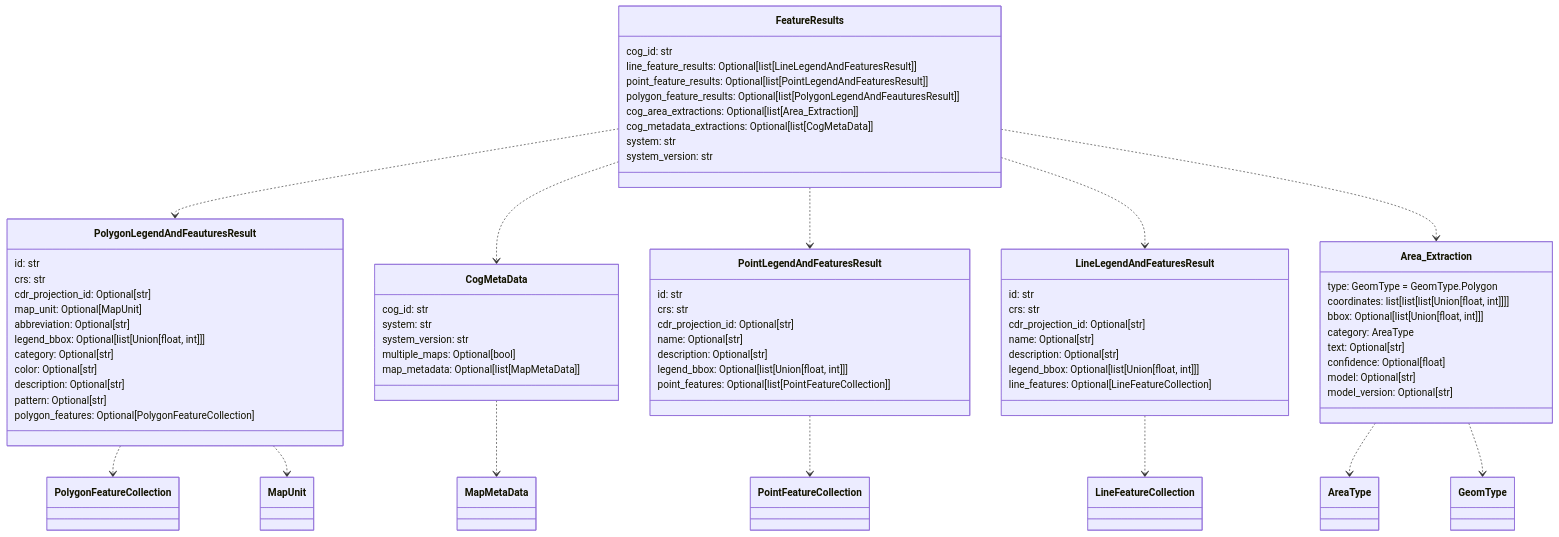
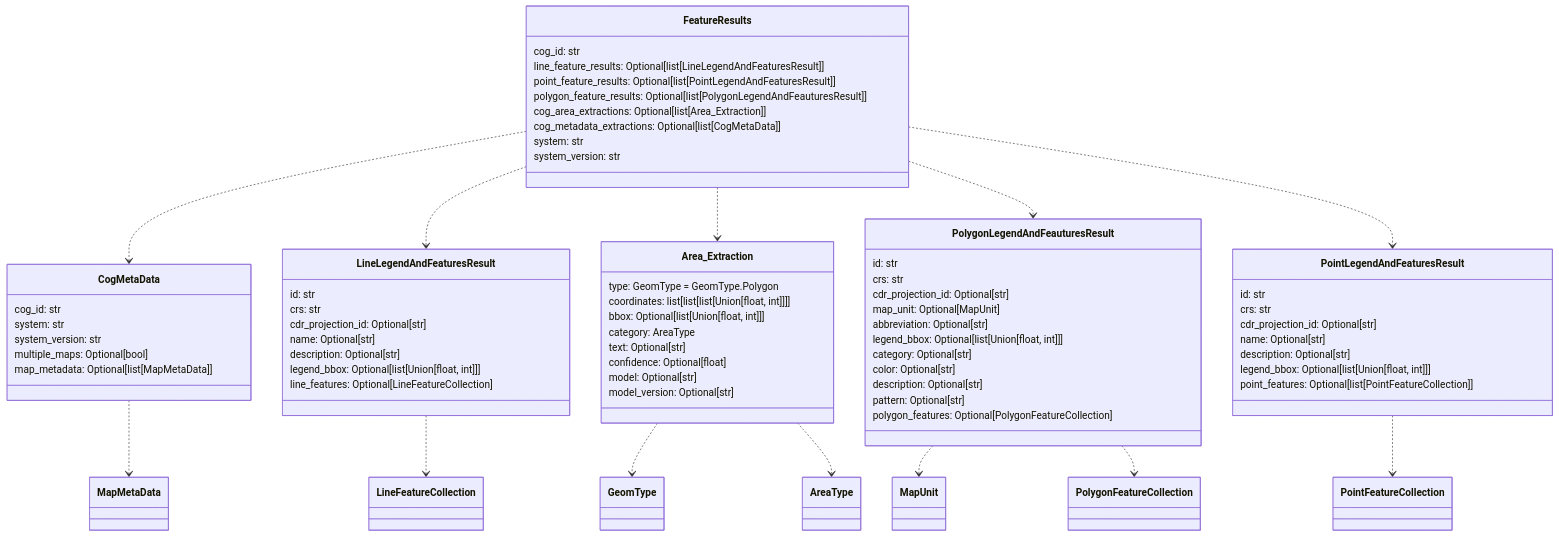
One commit to DARPA-CRITICALMAAS/cdr_schemas changed the fourth of 12 diagrams in README.md. Above: the diagram before and after it, drawn with Mermaid. The commit also changed other lines of this file, not shown here.

````diff
--- a/README.md
+++ b/README.md
@@ -251,82 +251,82 @@
 ```mermaid
 classDiagram
+
+    class CogMetaData {
+        cog_id: str
+        system: str
+        system_version: str
+        multiple_maps: Optional[bool]
+        map_metadata: Optional[list[MapMetaData]]
+    }
 
     class FeatureResults {
         cog_id: str
         line_feature_results: Optional[list[LineLegendAndFeaturesResult]]
         point_feature_results: Optional[list[PointLegendAndFeaturesResult]]
         polygon_feature_results: Optional[list[PolygonLegendAndFeauturesResult]]
         cog_area_extractions: Optional[list[Area_Extraction]]
         cog_metadata_extractions: Optional[list[CogMetaData]]
         system: str
         system_version: str
-    }
-
-    class PolygonLegendAndFeauturesResult {
-        id: str
-        crs: str
-        cdr_projection_id: Optional[str]
-        map_unit: Optional[MapUnit]
-        abbreviation: Optional[str]
-        legend_bbox: Optional[list[Union[float, int]]]
-        category: Optional[str]
-        color: Optional[str]
-        description: Optional[str]
-        pattern: Optional[str]
-        polygon_features: Optional[PolygonFeatureCollection]
-    }
-
-    class CogMetaData {
-        cog_id: str
-        system: str
-        system_version: str
-        multiple_maps: Optional[bool]
-        map_metadata: Optional[list[MapMetaData]]
-    }
-
-    class PointLegendAndFeaturesResult {
-        id: str
-        crs: str
-        cdr_projection_id: Optional[str]
-        name: Optional[str]
-        description: Optional[str]
-        legend_bbox: Optional[list[Union[float, int]]]
-        point_features: Optional[list[PointFeatureCollection]]
     }
 
     class LineLegendAndFeaturesResult {
         id: str
         crs: str
         cdr_projection_id: Optional[str]
         name: Optional[str]
         description: Optional[str]
         legend_bbox: Optional[list[Union[float, int]]]
         line_features: Optional[LineFeatureCollection]
     }
 
     class Area_Extraction {
         type: GeomType = GeomType.Polygon
         coordinates: list[list[list[Union[float, int]]]]
         bbox: Optional[list[Union[float, int]]]
         category: AreaType
         text: Optional[str]
         confidence: Optional[float]
         model: Optional[str]
         model_version: Optional[str]
     }
 
+    class PolygonLegendAndFeauturesResult {
+        id: str
+        crs: str
+        cdr_projection_id: Optional[str]
+        map_unit: Optional[MapUnit]
+        abbreviation: Optional[str]
+        legend_bbox: Optional[list[Union[float, int]]]
+        category: Optional[str]
+        color: Optional[str]
+        description: Optional[str]
+        pattern: Optional[str]
+        polygon_features: Optional[PolygonFeatureCollection]
+    }
+
+    class PointLegendAndFeaturesResult {
+        id: str
+        crs: str
+        cdr_projection_id: Optional[str]
+        name: Optional[str]
+        description: Optional[str]
+        legend_bbox: Optional[list[Union[float, int]]]
+        point_features: Optional[list[PointFeatureCollection]]
+    }
+
+    Area_Extraction ..> GeomType
     Area_Extraction ..> AreaType
-    Area_Extraction ..> GeomType
     LineLegendAndFeaturesResult ..> LineFeatureCollection
     PointLegendAndFeaturesResult ..> PointFeatureCollection
+    PolygonLegendAndFeauturesResult ..> MapUnit
     PolygonLegendAndFeauturesResult ..> PolygonFeatureCollection
-    PolygonLegendAndFeauturesResult ..> MapUnit
     CogMetaData ..> MapMetaData
-    FeatureResults ..> PolygonLegendAndFeauturesResult
     FeatureResults ..> CogMetaData
-    FeatureResults ..> PointLegendAndFeaturesResult
     FeatureResults ..> LineLegendAndFeaturesResult
     FeatureResults ..> Area_Extraction
+    FeatureResults ..> PolygonLegendAndFeauturesResult
+    FeatureResults ..> PointLegendAndFeaturesResult
 
 
 ```
````
